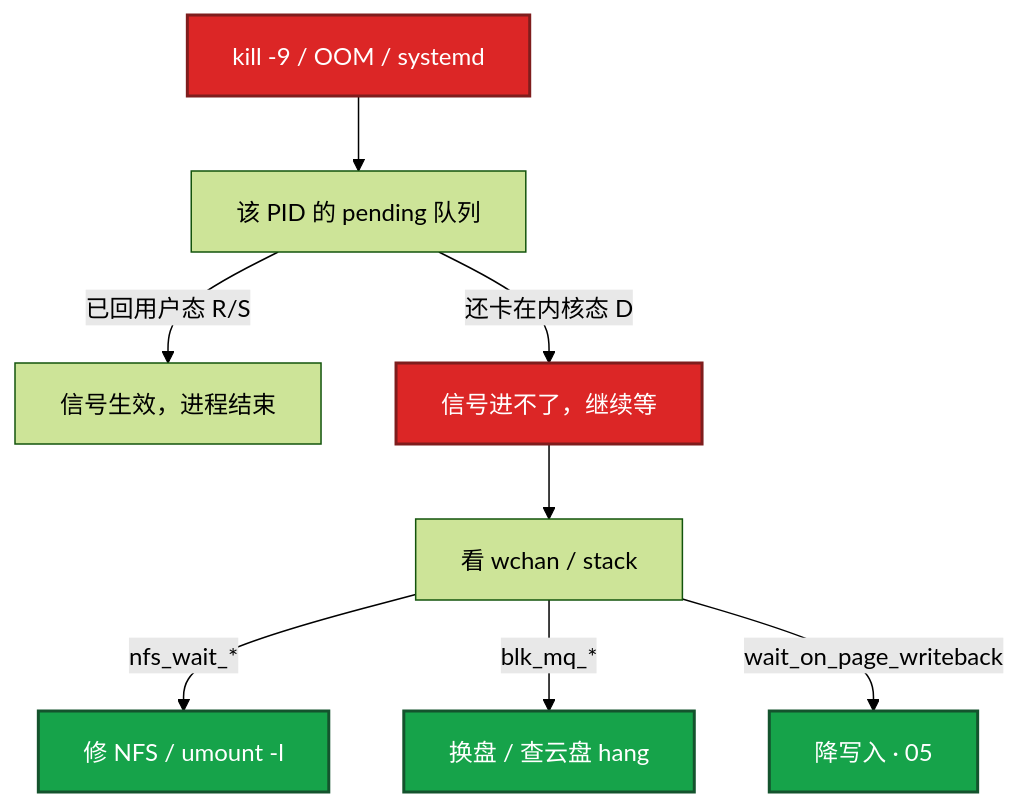
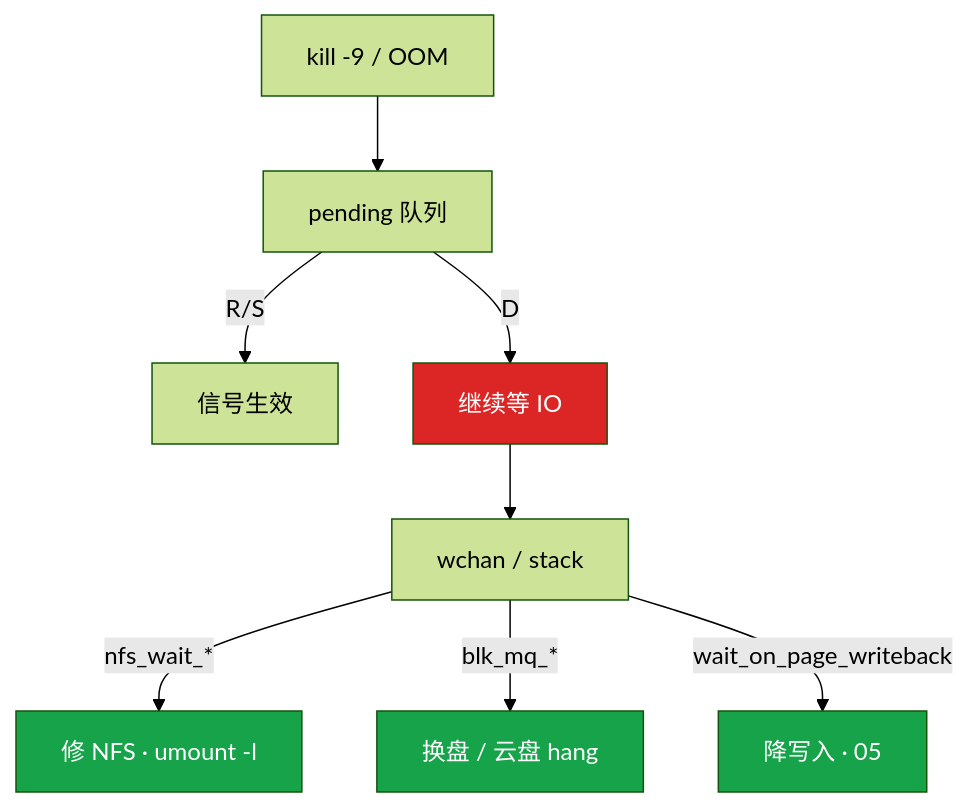
The fifth of 8 diagrams in 02-基础底座/02-进程与信号/知识点.md (ml-cuizijun/LearnToLilith), drawn with Mermaid (forest theme) before and after one commit. The commit also changed other lines of this file and 213 other files, not shown here.

````diff
--- a/02-基础底座/02-进程与信号/知识点.md
+++ b/02-基础底座/02-进程与信号/知识点.md
@@ -200,15 +169,15 @@
 ```mermaid
 flowchart TB
-    A["kill -9 / OOM / systemd"] --> B[该 PID 的 pending 队列]
-    B -->|已回用户态 R/S| C[信号生效，进程结束]
-    B -->|还卡在内核态 D| D1[信号进不了，继续等]
-    D1 --> E[看 wchan / stack]
-    E -->|nfs_wait_*| F[修 NFS / umount -l]
-    E -->|blk_mq_*| G[换盘 / 查云盘 hang]
+    A["kill -9 / OOM"] --> B[pending 队列]
+    B -->|R/S| C[信号生效]
+    B -->|D| D1[继续等 IO]
+    D1 --> E[wchan / stack]
+    E -->|nfs_wait_*| F[修 NFS · umount -l]
+    E -->|blk_mq_*| G[换盘 / 云盘 hang]
     E -->|wait_on_page_writeback| H["降写入 · 05"]
 
-    classDef bad fill:#DC2626,stroke:#7F1D1D,stroke-width:2px,color:#fff
-    classDef ok fill:#16A34A,stroke:#14532D,stroke-width:2px,color:#fff
-    class A,D1 bad
+    classDef bad fill:#DC2626,color:#fff
+    classDef ok fill:#16A34A,color:#fff
+    class D1 bad
     class F,G,H ok
 ```
````
